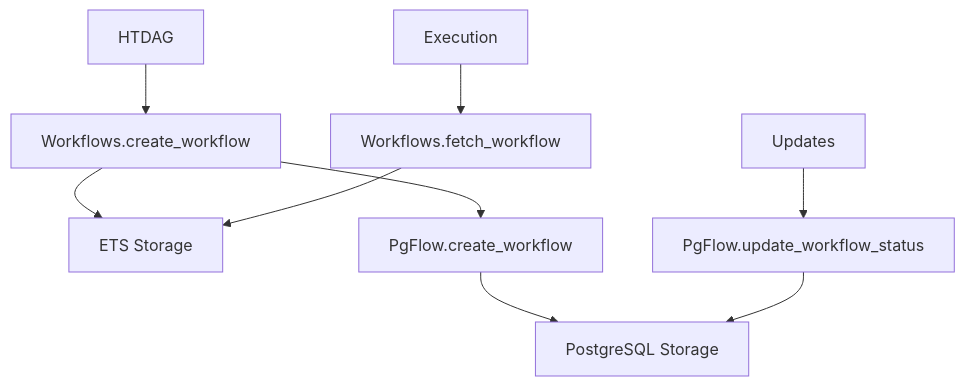
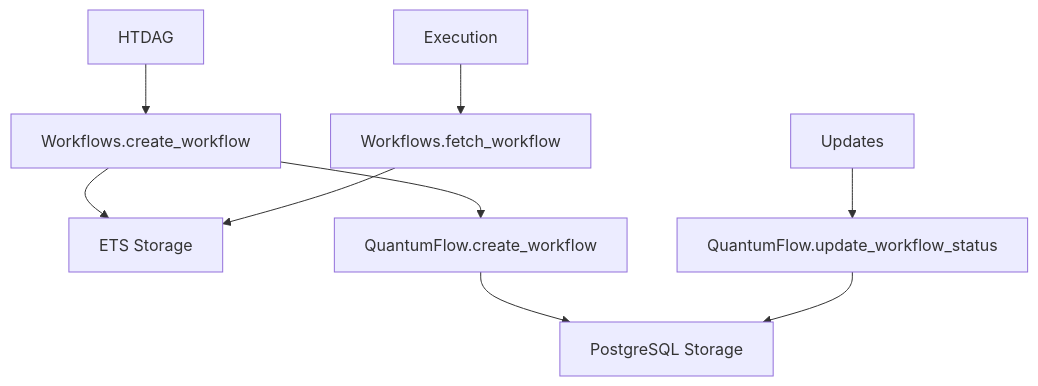
Before and after one commit to mikkihugo/ex_llm: the first of 2 diagrams in nexus/singularity/HTDAG_OPTIMIZATION_COMPLETE.md, drawn with Mermaid. The commit also changed other lines of this file and 234 other files, not shown here.

````diff
--- a/nexus/singularity/HTDAG_OPTIMIZATION_COMPLETE.md
+++ b/nexus/singularity/HTDAG_OPTIMIZATION_COMPLETE.md
@@ -73,11 +73,11 @@
 ```mermaid
 graph TD
     A[HTDAG] --> B[Workflows.create_workflow]
     B --> C[ETS Storage]
-    B --> D[PgFlow.create_workflow]
+    B --> D[QuantumFlow.create_workflow]
     D --> E[PostgreSQL Storage]
     F[Execution] --> G[Workflows.fetch_workflow]
     G --> C
-    H[Updates] --> I[PgFlow.update_workflow_status]
+    H[Updates] --> I[QuantumFlow.update_workflow_status]
     I --> E
 ```
````
